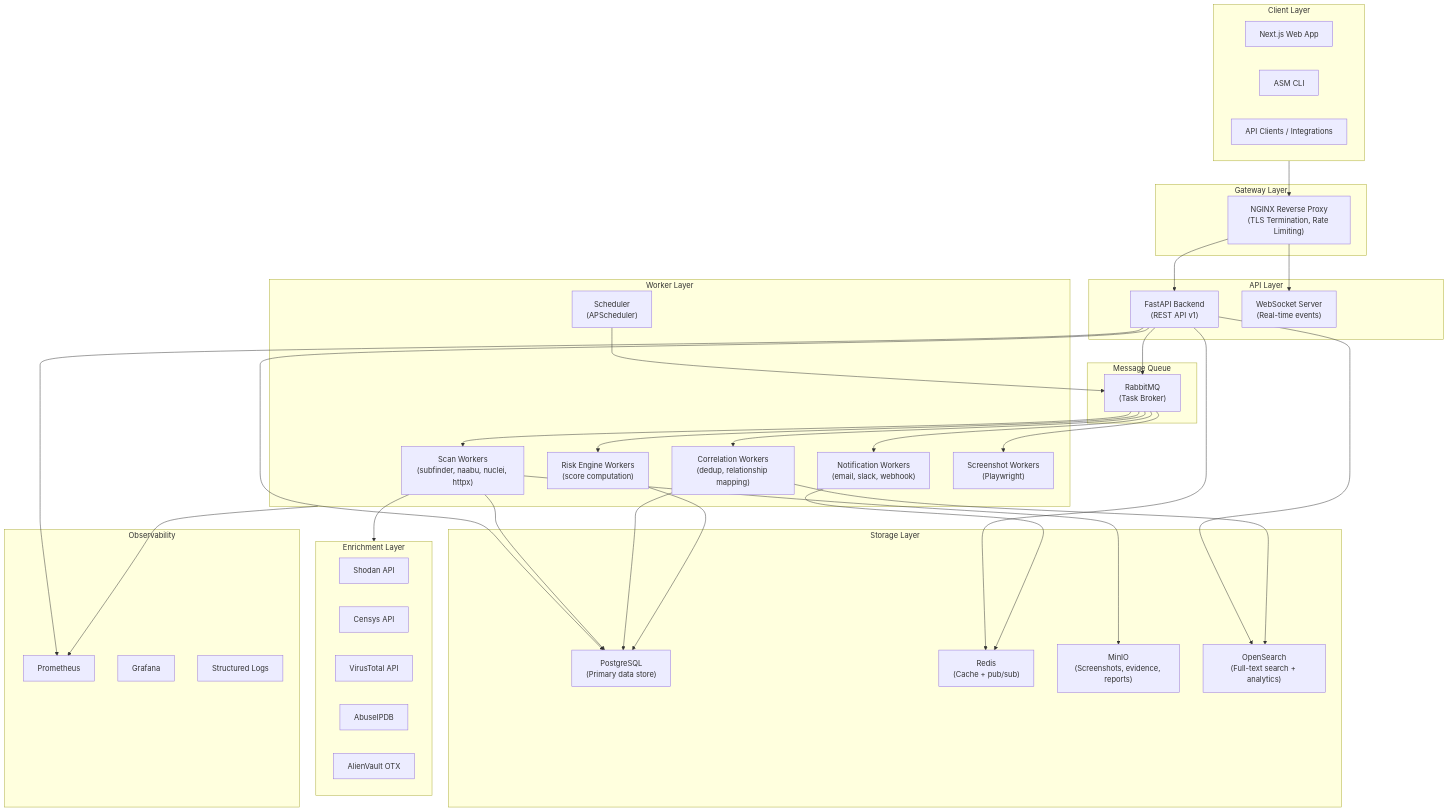
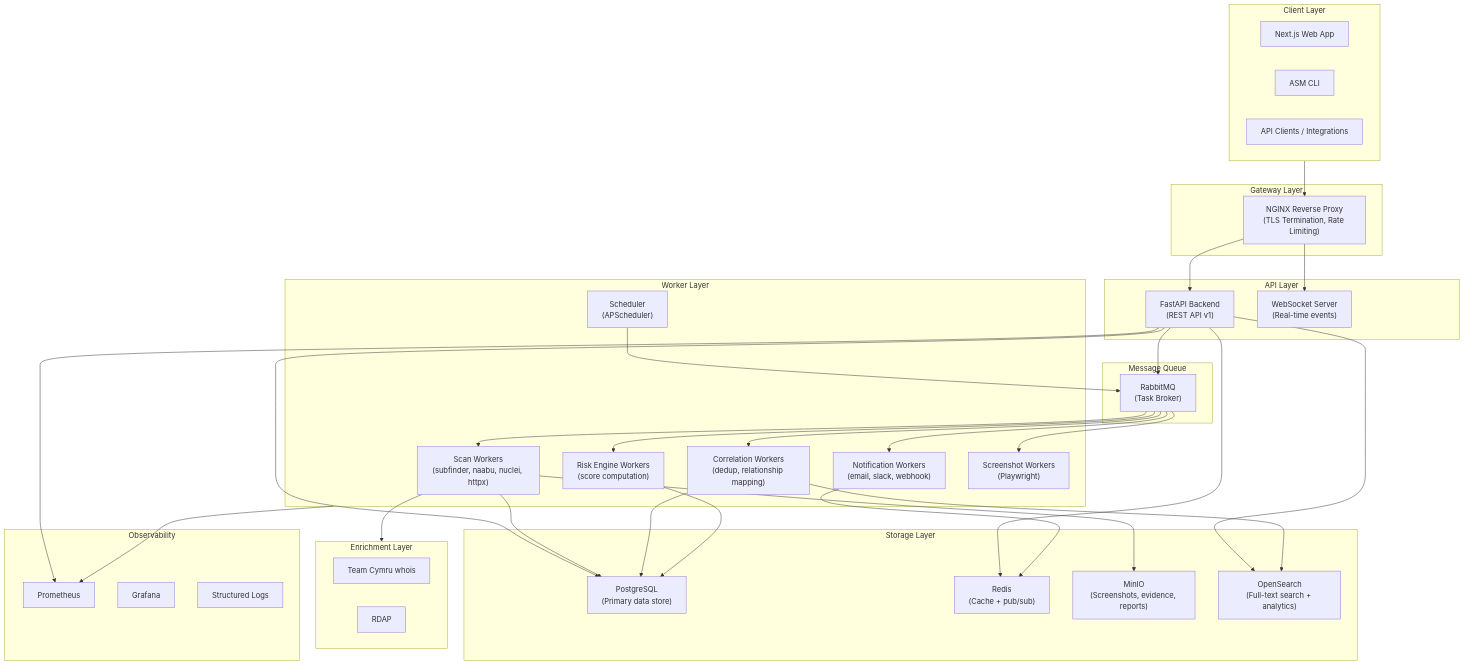
Before and after one commit to ikblmhndra/attack-surfaces-management: the first of 8 diagrams in docs/ARCHITECTURE.md, drawn with Mermaid. The commit also changed other lines of this file and 27 other files, not shown here.

````diff
--- a/docs/ARCHITECTURE.md
+++ b/docs/ARCHITECTURE.md
@@ -50,74 +50,71 @@
 ```mermaid
 graph TB
     subgraph CLIENT["Client Layer"]
         WEB["Next.js Web App"]
         CLI["ASM CLI"]
         API_CLIENT["API Clients / Integrations"]
     end
 
     subgraph GATEWAY["Gateway Layer"]
         NGINX["NGINX Reverse Proxy\n(TLS Termination, Rate Limiting)"]
     end
 
     subgraph API["API Layer"]
         FASTAPI["FastAPI Backend\n(REST API v1)"]
         WS["WebSocket Server\n(Real-time events)"]
     end
 
     subgraph QUEUE["Message Queue"]
         RABBITMQ["RabbitMQ\n(Task Broker)"]
     end
 
     subgraph WORKERS["Worker Layer"]
         SCAN_W["Scan Workers\n(subfinder, naabu, nuclei, httpx)"]
         CORR_W["Correlation Workers\n(dedup, relationship mapping)"]
         RISK_W["Risk Engine Workers\n(score computation)"]
         NOTIFY_W["Notification Workers\n(email, slack, webhook)"]
         SHOT_W["Screenshot Workers\n(Playwright)"]
         SCHED["Scheduler\n(APScheduler)"]
     end
 
     subgraph STORAGE["Storage Layer"]
         PG["PostgreSQL\n(Primary data store)"]
         REDIS["Redis\n(Cache + pub/sub)"]
         MINIO["MinIO\n(Screenshots, evidence, reports)"]
         OS["OpenSearch\n(Full-text search + analytics)"]
     end
 
     subgraph ENRICH["Enrichment Layer"]
-        SHODAN["Shodan API"]
-        CENSYS["Censys API"]
-        VT["VirusTotal API"]
-        ABUSEIPDB["AbuseIPDB"]
-        OTX["AlienVault OTX"]
+        CYMRU["Team Cymru whois"]
+        RDAP["RDAP"]
     end
 
     subgraph OBS["Observability"]
         PROM["Prometheus"]
         GRAF["Grafana"]
         LOGS["Structured Logs"]
     end
 
     CLIENT --> NGINX
     NGINX --> FASTAPI
     NGINX --> WS
     FASTAPI --> PG
     FASTAPI --> REDIS
     FASTAPI --> RABBITMQ
     FASTAPI --> OS
     SCHED --> RABBITMQ
     RABBITMQ --> SCAN_W
     RABBITMQ --> CORR_W
     RABBITMQ --> RISK_W
     RABBITMQ --> NOTIFY_W
     RABBITMQ --> SHOT_W
     SCAN_W --> PG
     SCAN_W --> MINIO
     SCAN_W --> ENRICH
     CORR_W --> PG
     CORR_W --> OS
     RISK_W --> PG
     NOTIFY_W --> REDIS
     FASTAPI --> PROM
     WORKERS --> PROM
 ```
````
